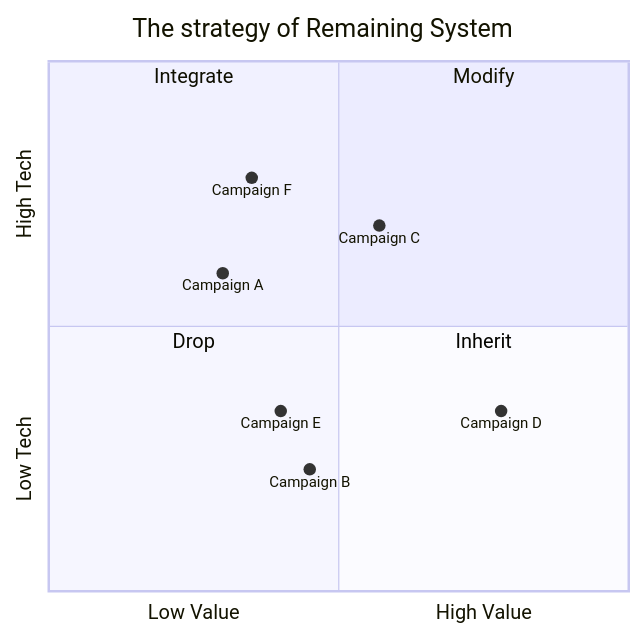
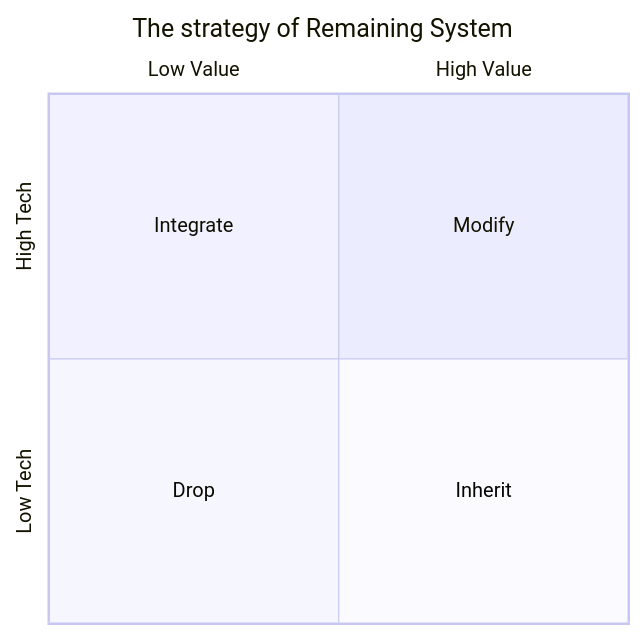
The second of 2 diagrams in content/RunKao/notes/Systems_Engineering.md (AaronYang0628/docs), drawn with Mermaid before and after one commit. The commit also changed other lines of this file and 3 other files, not shown here.

````diff
--- a/content/RunKao/notes/Systems_Engineering.md
+++ b/content/RunKao/notes/Systems_Engineering.md
@@ -76,16 +76,11 @@
 ```mermaid
 quadrantChart
     title The strategy of Remaining System
     x-axis Low Value --> High Value
     y-axis Low Tech --> High Tech
     quadrant-1 Modify
     quadrant-2 Integrate
     quadrant-3 Drop
     quadrant-4 Inherit
-    Campaign A: [0.3, 0.6]
-    Campaign B: [0.45, 0.23]
-    Campaign C: [0.57, 0.69]
-    Campaign D: [0.78, 0.34]
-    Campaign E: [0.40, 0.34]
-    Campaign F: [0.35, 0.78]
+
 ```
````
